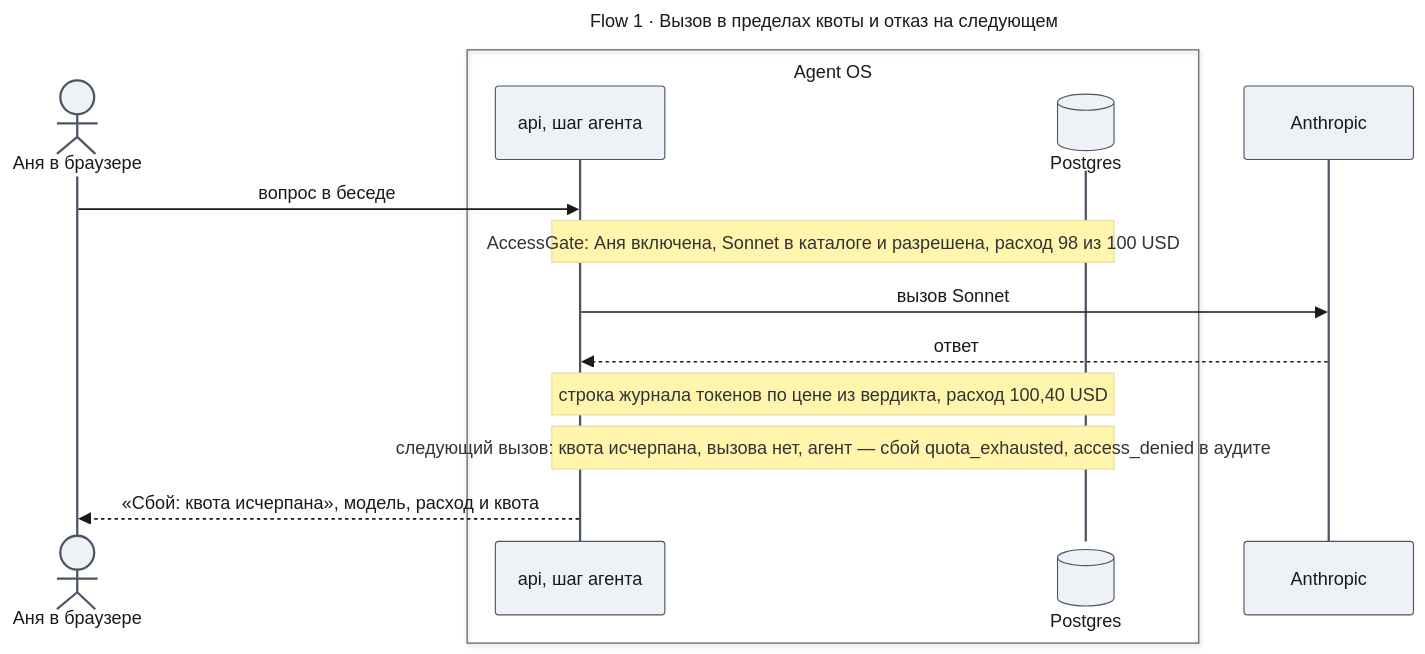
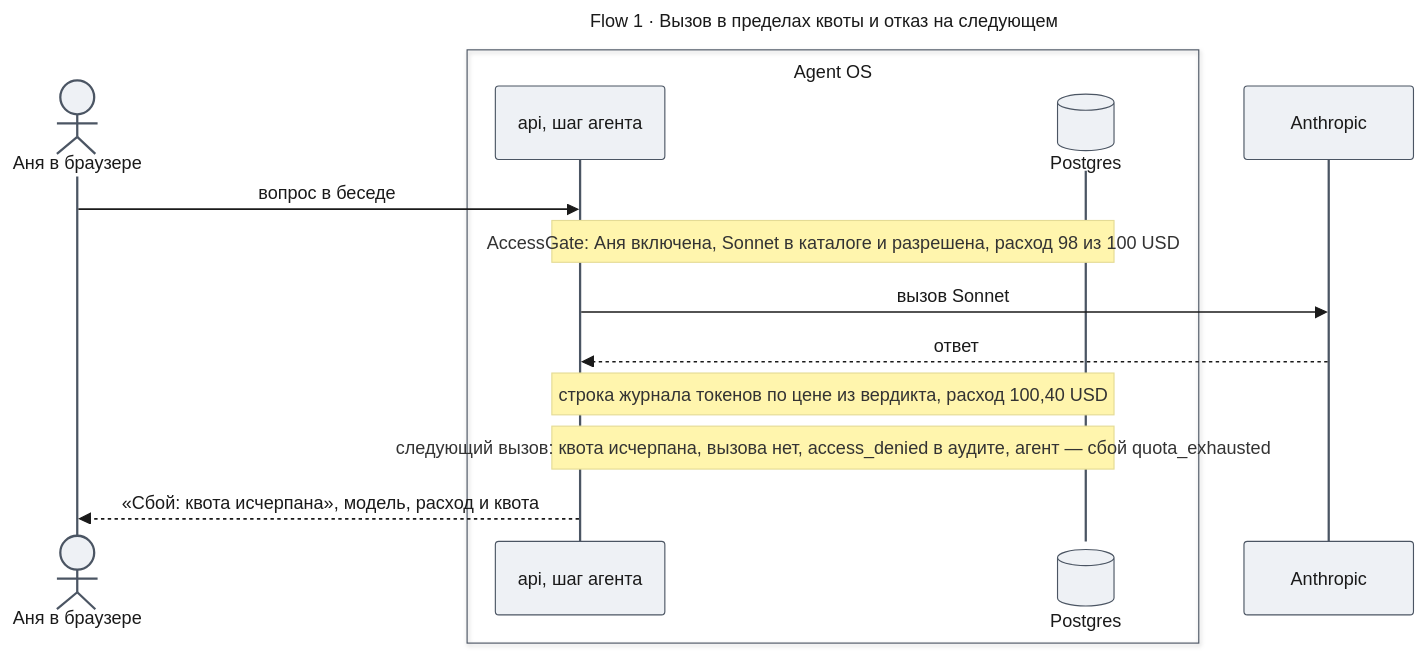
One commit to tundraray/agent-os changed the fifth of 6 diagrams in docs/features/enterprise-access/design-access.md. Above: the diagram before and after it, drawn with Mermaid. The commit also changed other lines of this file and 6 other files, not shown here.

````diff
--- a/docs/features/enterprise-access/design-access.md
+++ b/docs/features/enterprise-access/design-access.md
@@ -427,34 +430,34 @@
 ```mermaid
 ---
 title: "Flow 1 · Вызов в пределах квоты и отказ на следующем"
 config:
   theme: base
   look: classic
   themeVariables:
     primaryColor: "#eef1f5"
     primaryBorderColor: "#4b5563"
     primaryTextColor: "#1a1a1a"
     lineColor: "#6b7280"
   themeCSS: |
     @keyframes lit_af1{0%,22.5%{stroke:#991b1b;stroke-width:6px}25%,100%{stroke:#37474f;stroke-width:2px}}
     @keyframes litr_af1{0%,22.5%{stroke:#1d4ed8;stroke-width:6px}25%,100%{stroke:#37474f;stroke-width:2px}}
     .messageLine0[data-id='i0'],.messageLine1[data-id='i0']{animation:lit_af1 4.8s linear 0s infinite}
     .messageLine0[data-id='i2'],.messageLine1[data-id='i2']{animation:lit_af1 4.8s linear 1.2s infinite}
     .messageLine0[data-id='i3'],.messageLine1[data-id='i3']{animation:litr_af1 4.8s linear 2.4s infinite}
     .messageLine0[data-id='i6'],.messageLine1[data-id='i6']{animation:litr_af1 4.8s linear 3.6s infinite}
 ---
 sequenceDiagram
     actor U as Аня в браузере
     box Agent OS
     participant A as api, шаг агента
     participant DB@{ "type": "database" } as Postgres
     end
     participant L as Anthropic
     U->>A: вопрос в беседе
     Note over A,DB: AccessGate: Аня включена, Sonnet в каталоге и разрешена, расход 98 из 100 USD
     A->>L: вызов Sonnet
     L-->>A: ответ
     Note over A,DB: строка журнала токенов по цене из вердикта, расход 100,40 USD
-    Note over A,DB: следующий вызов: квота исчерпана, вызова нет, агент — сбой quota_exhausted, access_denied в аудите
+    Note over A,DB: следующий вызов: квота исчерпана, вызова нет, access_denied в аудите, агент — сбой quota_exhausted
     A-->>U: «Сбой: квота исчерпана», модель, расход и квота
 ```
````
